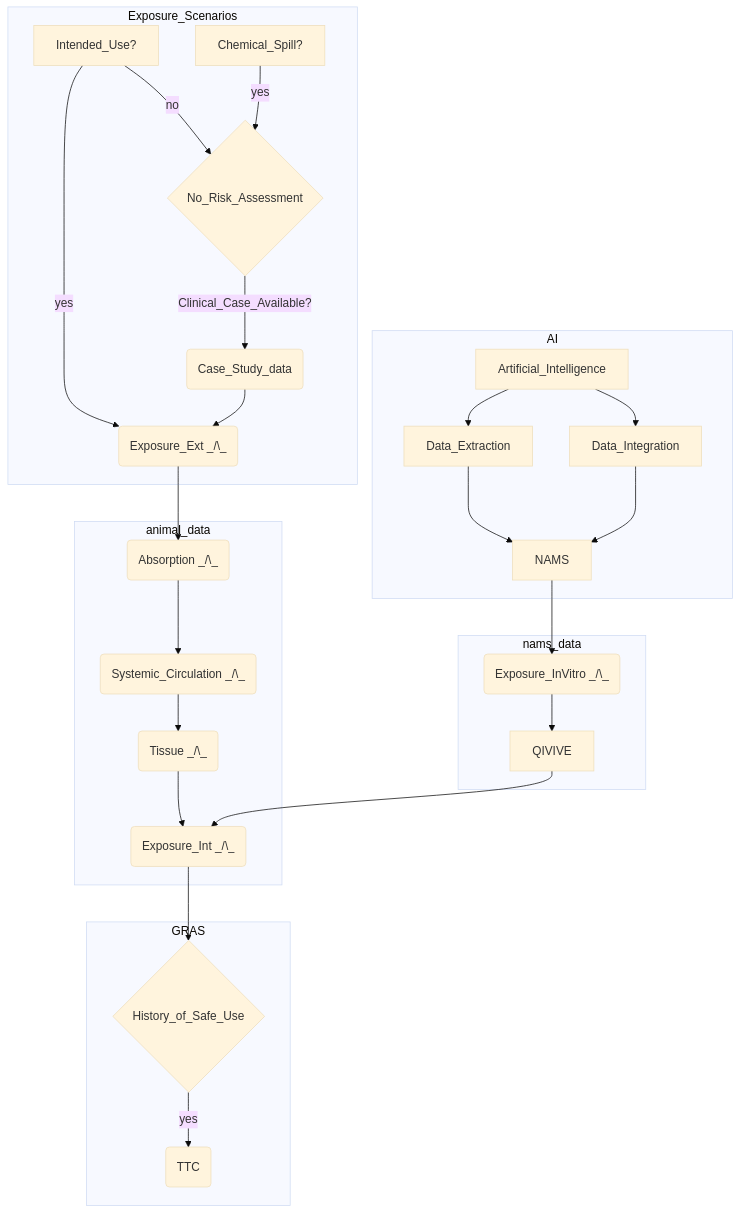
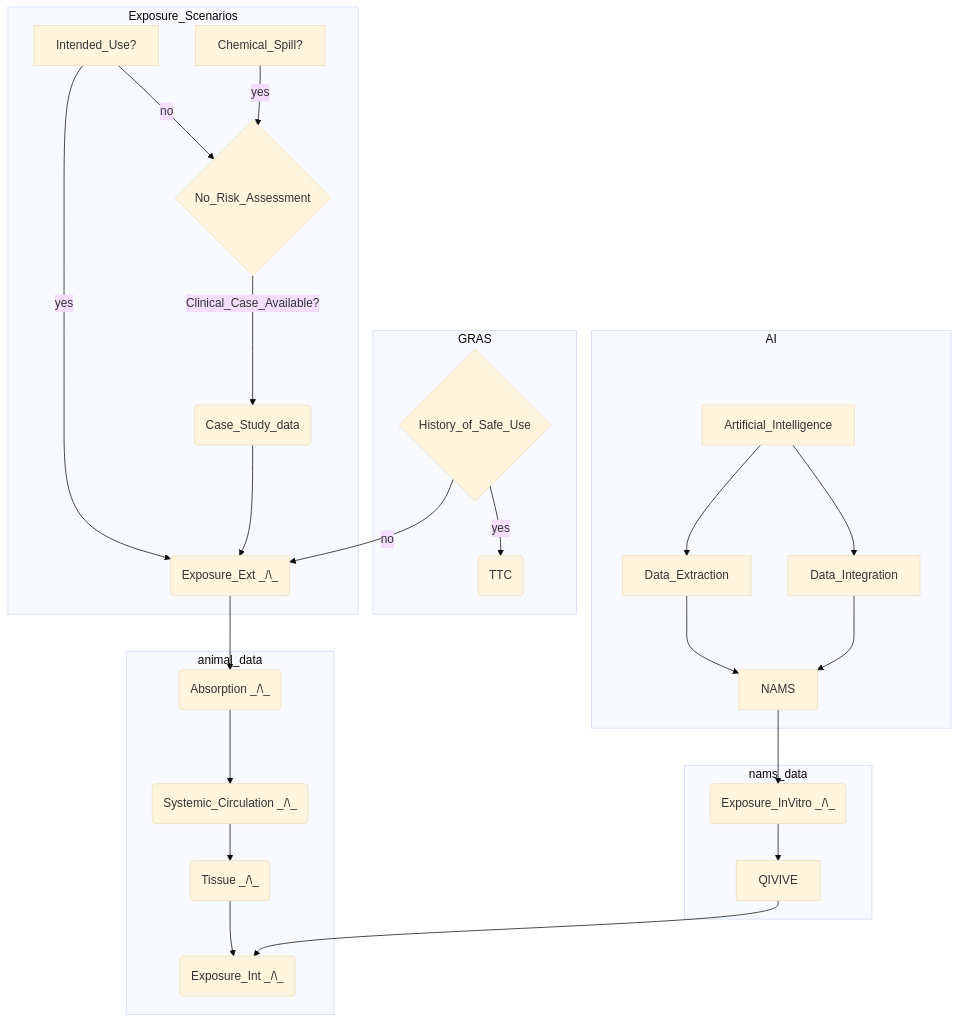
The diagram in ProbRA.md (ontox-hu/workflows), drawn with Mermaid (base theme) before and after one commit. The commit also changed other lines of this file, not shown here.

````diff
--- a/ProbRA.md
+++ b/ProbRA.md
@@ -2,60 +2,65 @@
 ```mermaid
 flowchart TD
 
-
+  %%%%%%%%%%%%%%%%%%%%%%%%%%%%%%%%%%%%%%%%%%%%%%%%%%%%%%%%%%%
+  
   subgraph Exposure_Scenarios
   
   Intended_Use?-->|yes| Exposure_Ext(Exposure_Ext _/\_ )
   Intended_Use?-->|no| No_Risk_Assessment{No_Risk_Assessment}
   Chemical_Spill?-->|yes| No_Risk_Assessment{No_Risk_Assessment}
   No_Risk_Assessment{No_Risk_Assessment}--> |Clinical_Case_Available?| Case_Study_Data(Case_Study_data)
   Case_Study_Data(Case_Study_data)-->Exposure_Ext(Exposure_Ext _/\_ )
   
+  end
+  
+  %%%%%%%%%%%%%%%%%%%%%%%%%%%%%%%%%%%%%%%%%%%%%%%%%%%%%%
+  
+  subgraph GRAS
+  
+  History_of_Safe_Use{History_of_Safe_Use}-->|yes| TTC(TTC)
+  History_of_Safe_Use{History_of_Safe_Use}-->|no| Exposure_Ext(Exposure_Ext _/\_ )
   
   end
 
   %%%%%%%%%%%%%%%%%%%%%%%%%%%%%%%%%%%%%%%%%%%%%%%%%%%
 
   subgraph AI
 
   Artificial_Intelligence-->Data_Extraction
   Data_Extraction-->NAMS
   Artificial_Intelligence-->Data_Integration
   
   end
   
   %%%%%%%%%%%%%%%%%%%%%%%%%%%%%%%%%%%%%%%%%%%%%%%%%
   
   subgraph animal_data
   
   Exposure_Ext(Exposure_Ext _/\_)-->Absortion(Absorption _/\_)
   Absortion(Absorption _/\_)-->Systemic_Circulation(Systemic_Circulation _/\_)
   Systemic_Circulation(Systemic_Circulation _/\_)-->Tissue(Tissue _/\_)
   Tissue(Tissue _/\_)-->Exposure_Int(Exposure_Int _/\_)
   
   end
   
   %%%%%%%%%%%%%%%%%%%%%%%%%%%%%%%%%%%%%%%%%%%%%%%%%%
   
   subgraph nams_data
   
   NAMS-->Exposure_InVitro(Exposure_InVitro _/\_)
   Data_Integration-->NAMS
   Exposure_InVitro-->QIVIVE
   QIVIVE-->Exposure_Int(Exposure_Int _/\_)
   
   end
   
   %%%%%%%%%%%%%%%%%%%%%%%%%%%%%%%%%%%%%%%%%%%%%%%%%%%
   
-  subgraph GRAS
-  
-  Exposure_Int(Exposure_Int _/\_)-->History_of_Safe_Use{History_of_Safe_Use}
-  History_of_Safe_Use{History_of_Safe_Use}-->|yes| TTC(TTC)
   
   
-  end
+  
   
   
   
 ```
````
